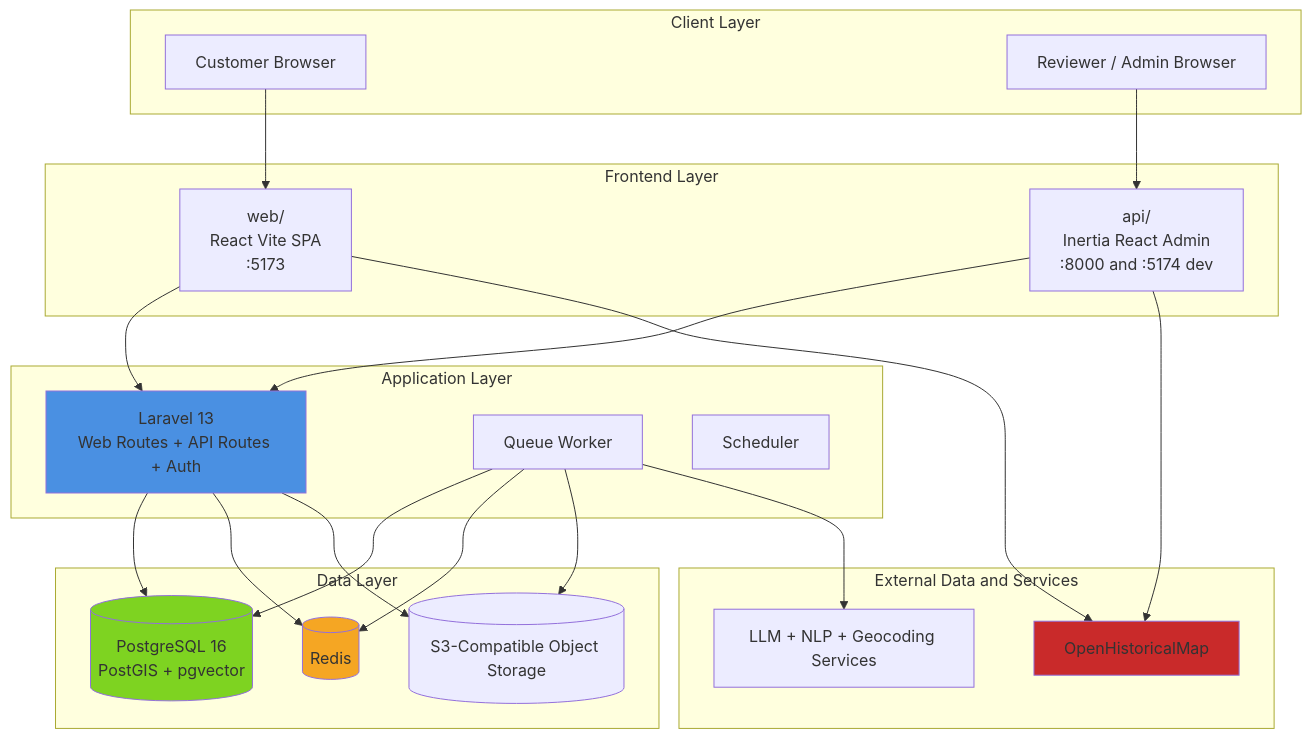
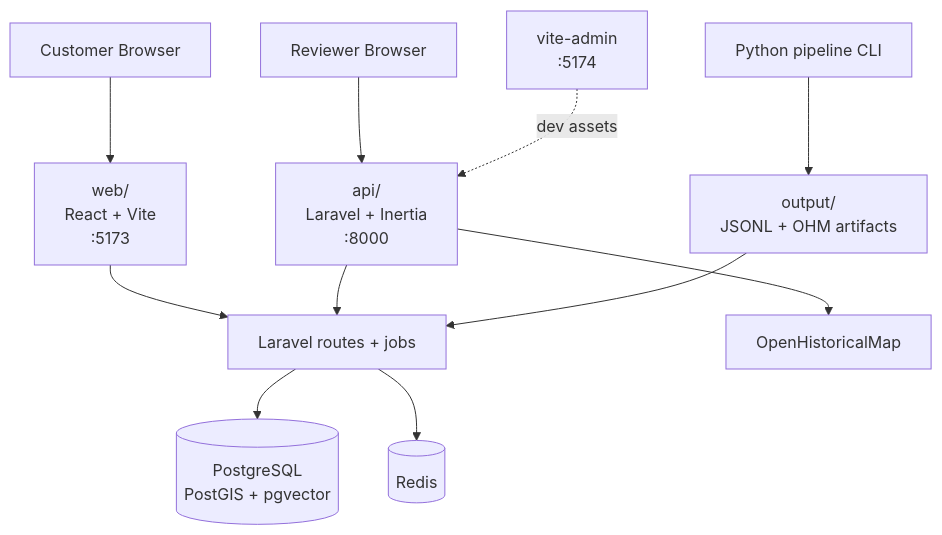
Before and after one commit to PickleSoda/history-mapped: the first of 2 diagrams in docs/architecture_overview.md, drawn with Mermaid. The commit also changed other lines of this file and 5 other files, not shown here.

````diff
--- a/docs/architecture_overview.md
+++ b/docs/architecture_overview.md
@@ -41,52 +29,25 @@
 ```mermaid
 graph TB
-    subgraph "Client Layer"
-        Customer[Customer Browser]
-        Reviewer[Reviewer / Admin Browser]
-    end
-
-    subgraph "Frontend Layer"
-        Web[web/<br/>React Vite SPA<br/>:5173]
-        Admin[api/<br/>Inertia React Admin<br/>:8000 and :5174 dev]
-    end
-
-    subgraph "Application Layer"
-        Laravel[Laravel 13<br/>Web Routes + API Routes + Auth]
-        Queue[Queue Worker]
-        Scheduler[Scheduler]
-    end
-
-    subgraph "Data Layer"
-        DB[(PostgreSQL 16<br/>PostGIS + pgvector)]
-        Redis[(Redis)]
-        Storage[(S3-Compatible Object Storage)]
-    end
-
-    subgraph "External Data and Services"
-        OHM[OpenHistoricalMap]
-        AI[LLM + NLP + Geocoding Services]
-    end
+    Customer[Customer Browser]
+    Reviewer[Reviewer Browser]
+    Web[web/<br/>React + Vite<br/>:5173]
+    Admin[api/<br/>Laravel + Inertia<br/>:8000]
+    HMR[vite-admin<br/>:5174]
+    Laravel[Laravel routes + jobs]
+    DB[(PostgreSQL<br/>PostGIS + pgvector)]
+    Redis[(Redis)]
+    Pipeline[Python pipeline CLI]
+    Output[output/<br/>JSONL + OHM artifacts]
+    OHM[OpenHistoricalMap]
 
     Customer --> Web
     Reviewer --> Admin
-
+    HMR -. dev assets .-> Admin
     Web --> Laravel
     Admin --> Laravel
-
     Laravel --> DB
     Laravel --> Redis
-    Laravel --> Storage
-
-    Queue --> DB
-    Queue --> Redis
-    Queue --> Storage
-    Queue --> AI
-
-    Web --> OHM
     Admin --> OHM
-
-    style Laravel fill:#4A90E2
-    style DB fill:#7ED321
-    style Redis fill:#F5A623
-    style OHM fill:#C92A2A
+    Pipeline --> Output
+    Output --> Laravel
 ```
````
